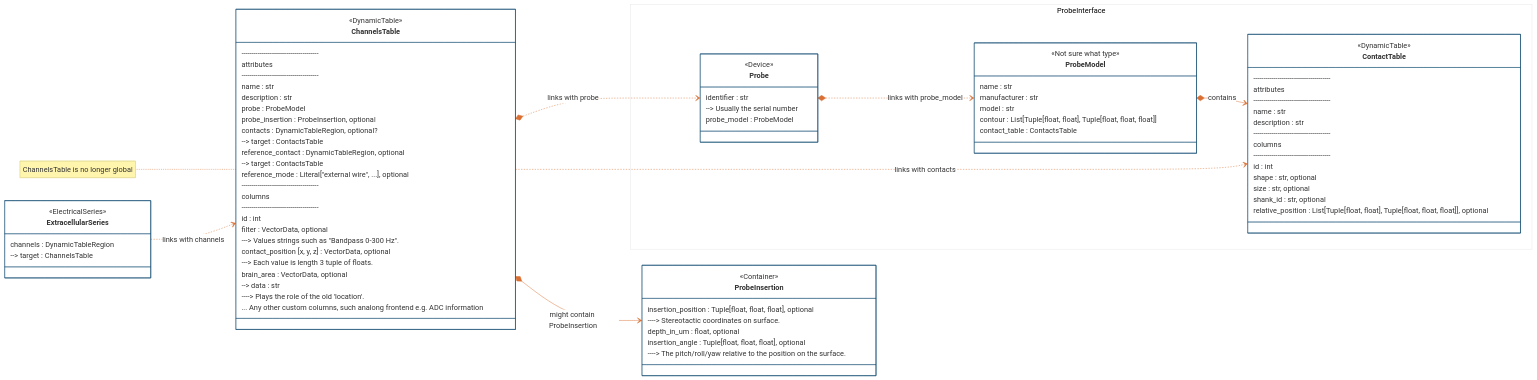
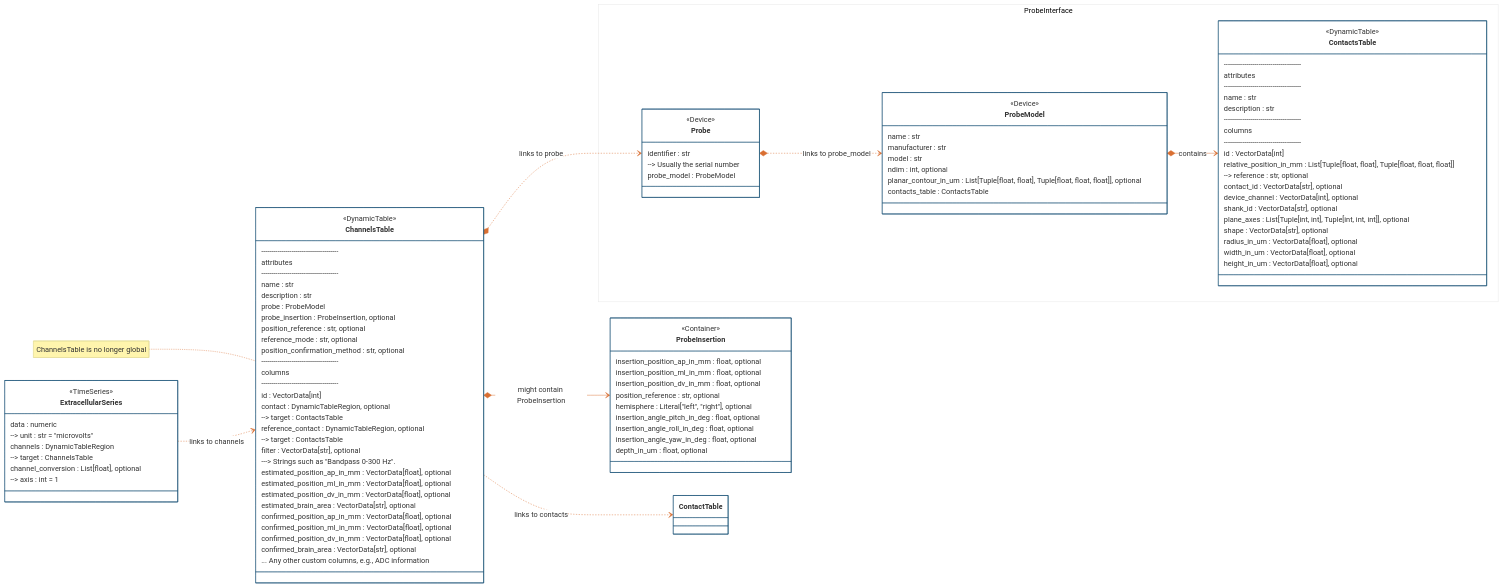
One commit to catalystneuro/ndx-extracellular-channels changed the diagram in README.md. Above: the diagram before and after it, drawn with Mermaid. The commit also changed 2 other files, not shown here.

Commit message:
Rearrange spec, update readme

````diff
--- a/README.md
+++ b/README.md
@@ -79,10 +79,14 @@
     direction LR
 
     class ExtracellularSeries {
-        <<ElectricalSeries>>
+        <<TimeSeries>>
 
+        data : numeric
+        --> unit : str = "microvolts"
         channels : DynamicTableRegion
         --> target : ChannelsTable
+        channel_conversion : List[float], optional
+        --> axis : int = 1
     }
 
     class ChannelsTable{
@@ -94,38 +98,46 @@
         description : str
         probe : ProbeModel
         probe_insertion : ProbeInsertion, optional
-        contacts : DynamicTableRegion, optional?
-        --> target : ContactsTable
-        reference_contact :  DynamicTableRegion, optional
-        --> target : ContactsTable
-        reference_mode : Literal["external wire", ...], optional
+        position_reference : str, optional
+        reference_mode : str, optional
+        position_confirmation_method : str, optional
 
         --------------------------------------
         columns
         --------------------------------------
-        id : int
-        filter : VectorData, optional
-        ---> Values strings such as "Bandpass 0-300 Hz".
-        contact_position [x, y, z] : VectorData, optional
-        ---> Each value is length 3 tuple of floats.
-        brain_area : VectorData, optional
-        --> data : str
-        ----> Plays the role of the old 'location'.
-        ... Any other custom columns, such analong frontend e.g. ADC information
+        id : VectorData[int]
+        contact : DynamicTableRegion, optional
+        --> target : ContactsTable
+        reference_contact :  DynamicTableRegion, optional
+        --> target : ContactsTable
+        filter : VectorData[str], optional
+        ---> Strings such as "Bandpass 0-300 Hz".
+        estimated_position_ap_in_mm : VectorData[float], optional
+        estimated_position_ml_in_mm : VectorData[float], optional
+        estimated_position_dv_in_mm : VectorData[float], optional
+        estimated_brain_area : VectorData[str], optional
+        confirmed_position_ap_in_mm : VectorData[float], optional
+        confirmed_position_ml_in_mm : VectorData[float], optional
+        confirmed_position_dv_in_mm : VectorData[float], optional
+        confirmed_brain_area : VectorData[str], optional
+        ... Any other custom columns, e.g., ADC information
     }
 
     class ProbeInsertion {
         <<Container>>
-
-        insertion_position : Tuple[float, float, float], optional
-        ----> Stereotactic coordinates on surface.
+        insertion_position_ap_in_mm : float, optional
+        insertion_position_ml_in_mm : float, optional
+        insertion_position_dv_in_mm : float, optional
+        position_reference : str, optional
+        hemisphere : Literal["left", "right"], optional
+        insertion_angle_pitch_in_deg : float, optional
+        insertion_angle_roll_in_deg : float, optional
+        insertion_angle_yaw_in_deg : float, optional
         depth_in_um : float, optional
-        insertion_angle : Tuple[float, float, float], optional
-        ----> The pitch/roll/yaw relative to the position on the surface.
     }
 
 
-    namespace ProbeInterface{
+    namespace ProbeInterface {
         class Probe {
                 <<Device>>
 
@@ -135,16 +147,17 @@
             }
 
             class ProbeModel {
-                <<Not sure what type>>
+                <<Device>>
 
                 name : str
                 manufacturer : str
                 model : str
-                contour : List[Tuple[float, float], Tuple[float, float, float]]
-                contact_table : ContactsTable
+                ndim : int, optional
+                planar_contour_in_um : List[Tuple[float, float], Tuple[float, float, float]], optional
+                contacts_table : ContactsTable
             }
 
-            class ContactTable {
+            class ContactsTable {
                 <<DynamicTable>>
 
                 --------------------------------------
@@ -156,23 +169,25 @@
                 --------------------------------------
                 columns
                 --------------------------------------
-                id : int
-                shape : str, optional
-                size : str, optional
-                shank_id : str, optional
-                relative_position : List[Tuple[float, float], Tuple[float, float, float]], optional
+                id : VectorData[int]
+                relative_position_in_mm : List[Tuple[float, float], Tuple[float, float, float]]
+                --> reference : str, optional
+                contact_id : VectorData[str], optional
+                device_channel : VectorData[int], optional
+                shank_id : VectorData[str], optional
+                plane_axes : List[Tuple[int, int], Tuple[int, int, int]], optional
+                shape : VectorData[str], optional
+                radius_in_um : VectorData[float], optional
+                width_in_um : VectorData[float], optional
+                height_in_um : VectorData[float], optional
             }
     }
 
-
-
-    ExtracellularSeries ..> ChannelsTable : links with channels
-    ProbeModel *--> ContactTable : contains
-    Probe *..> ProbeModel : links with probe_model
-    ChannelsTable *..> Probe : links  with probe
-
-    ChannelsTable ..> ContactTable : links with contacts
-
+    Probe *..> ProbeModel : links to probe_model
+    ProbeModel *--> ContactsTable : contains
+    ExtracellularSeries ..> ChannelsTable : links to channels
+    ChannelsTable *..> Probe : links to probe
+    ChannelsTable ..> ContactTable : links to contacts
     ChannelsTable *--> ProbeInsertion: might contain ProbeInsertion
     note for ChannelsTable "ChannelsTable is no longer global"
 ```
````
